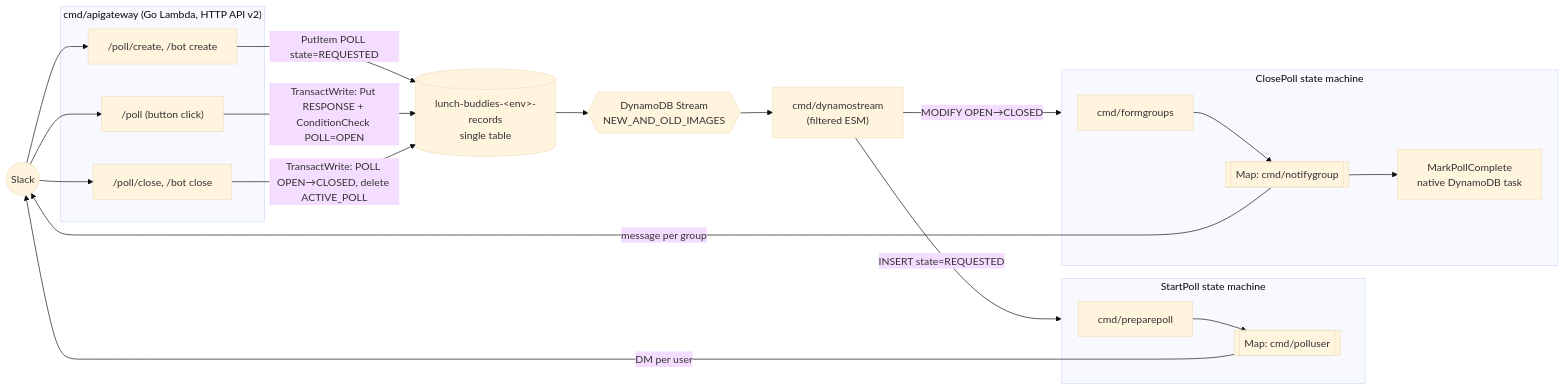
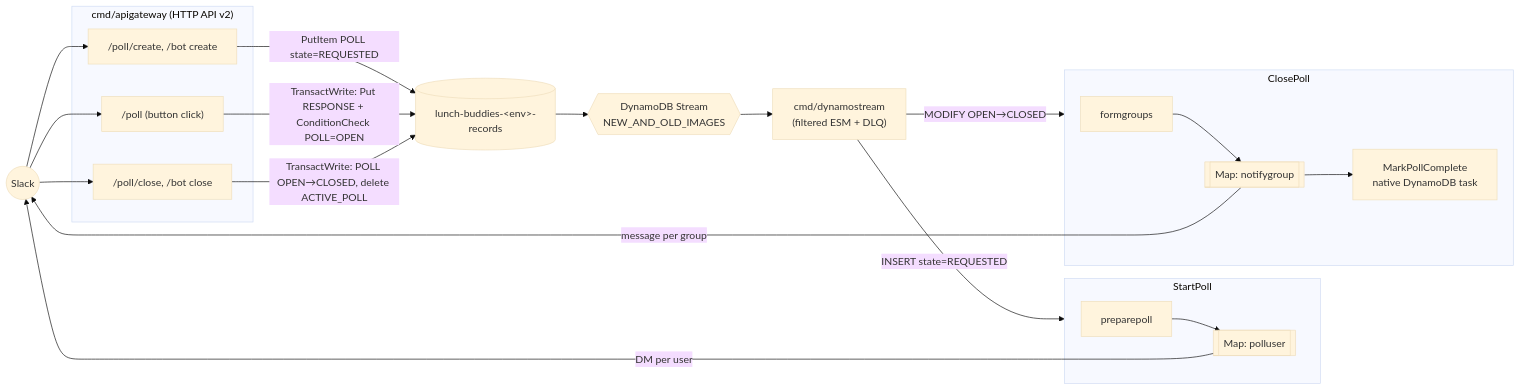
One commit to qsweber/lunch-buddies changed the diagram in docs/design/event-driven-single-table.md. Above: the diagram before and after it, drawn with Mermaid (base theme). The commit also changed other lines of this file, not shown here.

````diff
--- a/docs/design/event-driven-single-table.md
+++ b/docs/design/event-driven-single-table.md
@@ -48,28 +45,28 @@
 ```mermaid
 flowchart LR
     Slack((Slack))
-    subgraph API["cmd/apigateway (Go Lambda, HTTP API v2)"]
+    subgraph API["cmd/apigateway (HTTP API v2)"]
       create["/poll/create, /bot create"]
       respond["/poll (button click)"]
       close["/poll/close, /bot close"]
     end
-    DDB[(lunch-buddies-&lt;env&gt;-records<br/>single table)]
+    DDB[(lunch-buddies-&lt;env&gt;-records)]
     Stream{{DynamoDB Stream<br/>NEW_AND_OLD_IMAGES}}
-    Router["cmd/dynamostream<br/>(filtered ESM)"]
-    subgraph SFN1["StartPoll state machine"]
-      v[cmd/preparepoll] --> m1[[Map: cmd/polluser]]
+    Router["cmd/dynamostream<br/>(filtered ESM + DLQ)"]
+    subgraph SFN1["StartPoll"]
+      v[preparepoll] --> m1[[Map: polluser]]
     end
-    subgraph SFN2["ClosePoll state machine"]
-      g[cmd/formgroups] --> m2[[Map: cmd/notifygroup]] --> done[MarkPollComplete<br/>native DynamoDB task]
+    subgraph SFN2["ClosePoll"]
+      g[formgroups] --> m2[[Map: notifygroup]] --> done[MarkPollComplete<br/>native DynamoDB task]
     end
 
     Slack --> create & respond & close
     create -- "PutItem POLL state=REQUESTED" --> DDB
     respond -- "TransactWrite: Put RESPONSE + ConditionCheck POLL=OPEN" --> DDB
     close -- "TransactWrite: POLL OPEN→CLOSED, delete ACTIVE_POLL" --> DDB
     DDB --> Stream --> Router
     Router -- "INSERT state=REQUESTED" --> SFN1
     Router -- "MODIFY OPEN→CLOSED" --> SFN2
     m1 -- "DM per user" --> Slack
     m2 -- "message per group" --> Slack
 ```
````
